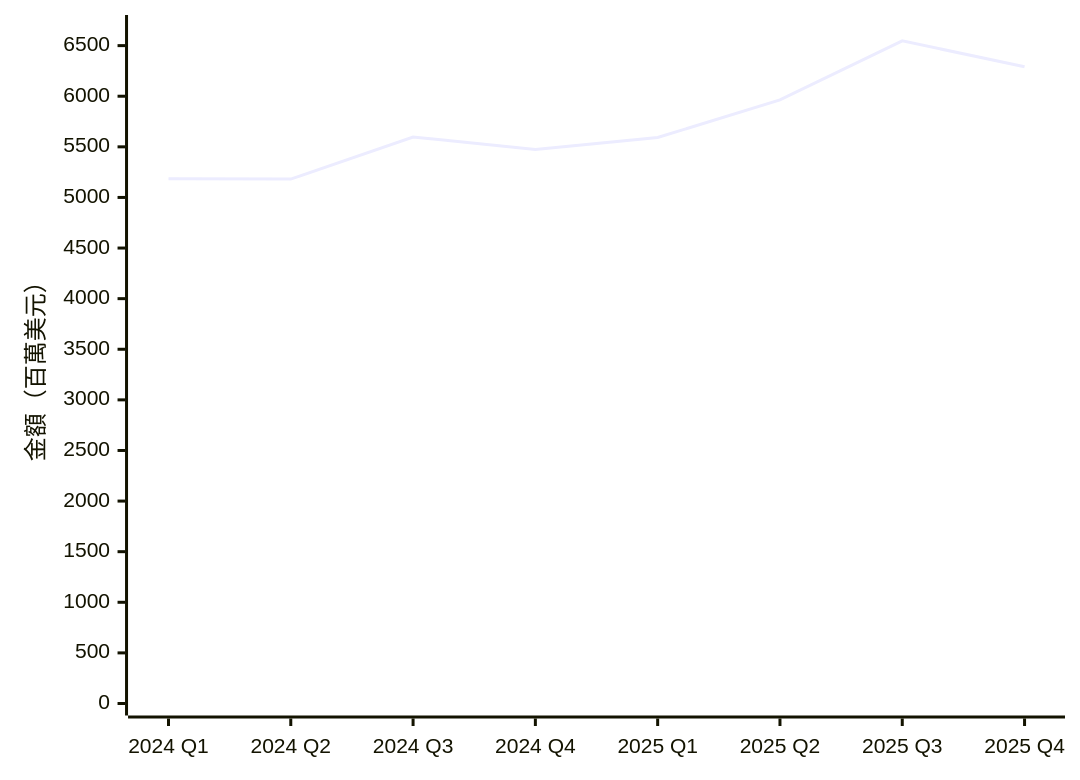
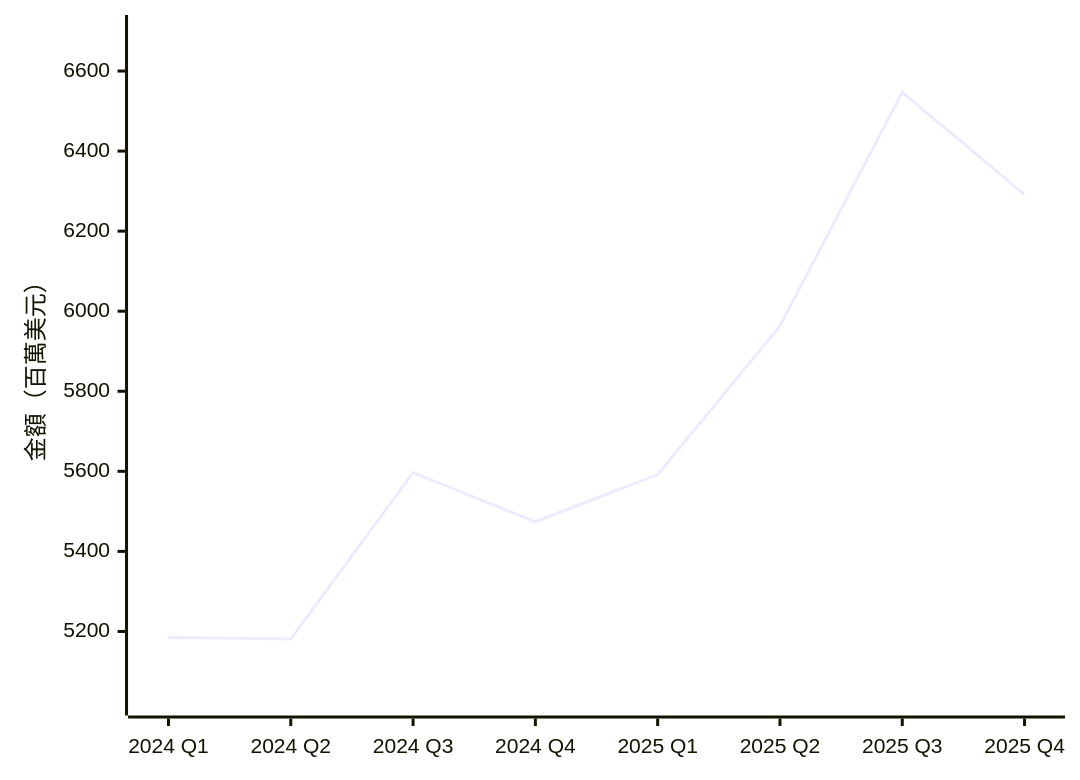
The second of 19 diagrams in content/台灣零售與電商競爭分析.md (jyuny1/blog), drawn with Mermaid before and after one commit. The commit also changed other lines of this file, not shown here.

````diff
--- a/content/台灣零售與電商競爭分析.md
+++ b/content/台灣零售與電商競爭分析.md
@@ -42,6 +42,6 @@
 ```mermaid
 xychart-beta
     x-axis ["2024 Q1", "2024 Q2", "2024 Q3", "2024 Q4", "2025 Q1", "2025 Q2", "2025 Q3", "2025 Q4"]
-    y-axis "金額（百萬美元）" 0 --> 6684
+    y-axis "金額（百萬美元）" 5020 --> 6710
     line [5185, 5181, 5597, 5474, 5592, 5963, 6547, 6291]
 ```
````
